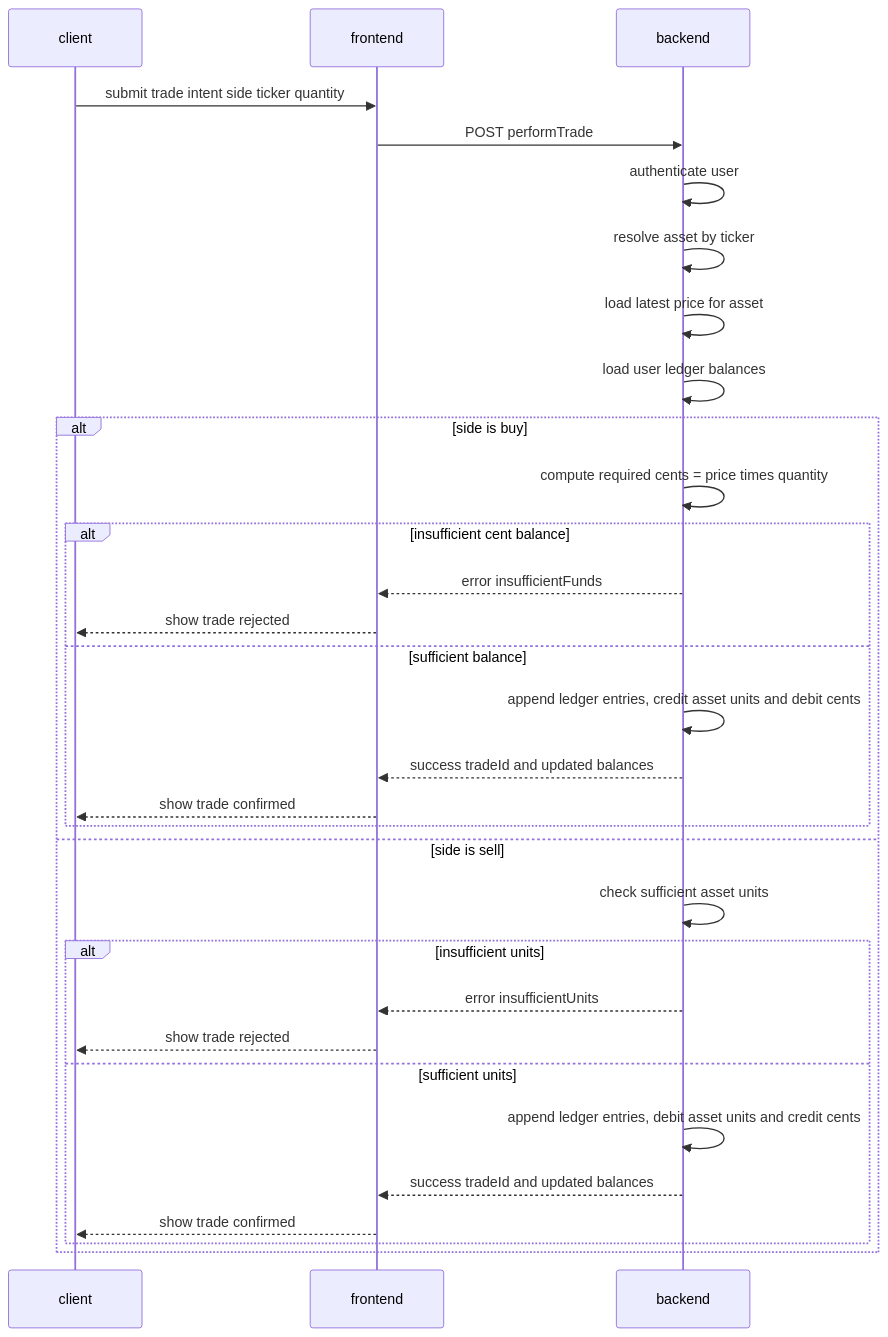
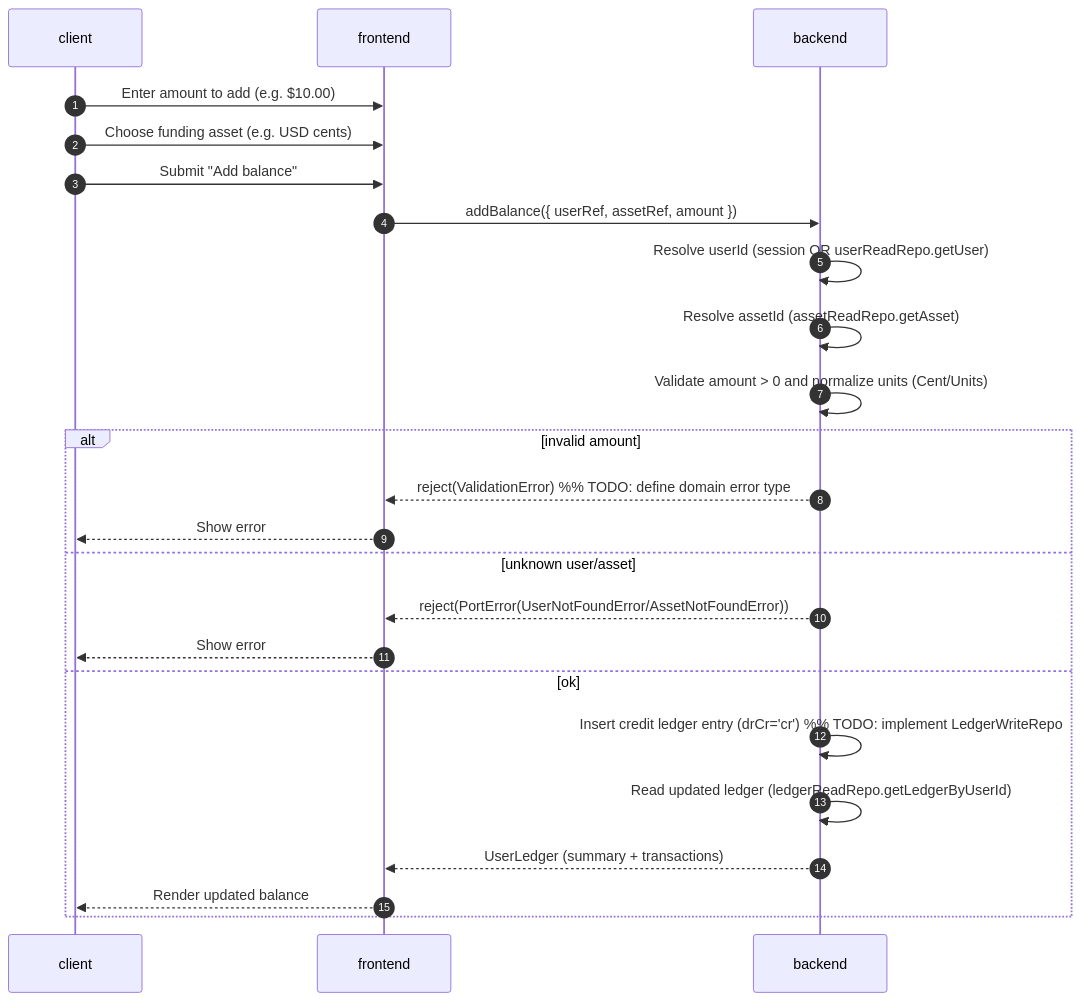
The second of 2 diagrams in domain/workflows.md (janbocchino/Bratva), drawn with Mermaid before and after one commit. The commit also changed other lines of this file and 12 other files, not shown here.

````diff
--- a/domain/workflows.md
+++ b/domain/workflows.md
@@ -352,35 +66,30 @@
 ```mermaid
 sequenceDiagram
-participant client
-participant frontend
-participant backend
+	autonumber
+	participant client
+	participant frontend
+	participant backend
 
-client->>frontend: submit trade intent side ticker quantity
-frontend->>backend: POST performTrade
-backend->>backend: authenticate user
-backend->>backend: resolve asset by ticker
-backend->>backend: load latest price for asset
-backend->>backend: load user ledger balances
+	client->>frontend: Enter amount to add (e.g. $10.00)
+	client->>frontend: Choose funding asset (e.g. USD cents)
+	client->>frontend: Submit "Add balance"
 
-alt side is buy
-  backend->>backend: compute required cents = price times quantity
-  alt insufficient cent balance
-    backend-->>frontend: error insufficientFunds
-    frontend-->>client: show trade rejected
-  else sufficient balance
-    backend->>backend: append ledger entries, credit asset units and debit cents
-    backend-->>frontend: success tradeId and updated balances
-    frontend-->>client: show trade confirmed
-  end
-else side is sell
-  backend->>backend: check sufficient asset units
-  alt insufficient units
-    backend-->>frontend: error insufficientUnits
-    frontend-->>client: show trade rejected
-  else sufficient units
-    backend->>backend: append ledger entries, debit asset units and credit cents
-    backend-->>frontend: success tradeId and updated balances
-    frontend-->>client: show trade confirmed
-  end
-end
+	frontend->>backend: addBalance({ userRef, assetRef, amount })
+
+	backend->>backend: Resolve userId (session OR userReadRepo.getUser)
+	backend->>backend: Resolve assetId (assetReadRepo.getAsset)
+	backend->>backend: Validate amount > 0 and normalize units (Cent/Units)
+
+	alt invalid amount
+		backend-->>frontend: reject(ValidationError) %% TODO: define domain error type
+		frontend-->>client: Show error
+	else unknown user/asset
+		backend-->>frontend: reject(PortError(UserNotFoundError/AssetNotFoundError))
+		frontend-->>client: Show error
+	else ok
+		backend->>backend: Insert credit ledger entry (drCr='cr') %% TODO: implement LedgerWriteRepo
+		backend->>backend: Read updated ledger (ledgerReadRepo.getLedgerByUserId)
+		backend-->>frontend: UserLedger (summary + transactions)
+		frontend-->>client: Render updated balance
+	end
 ```
````
